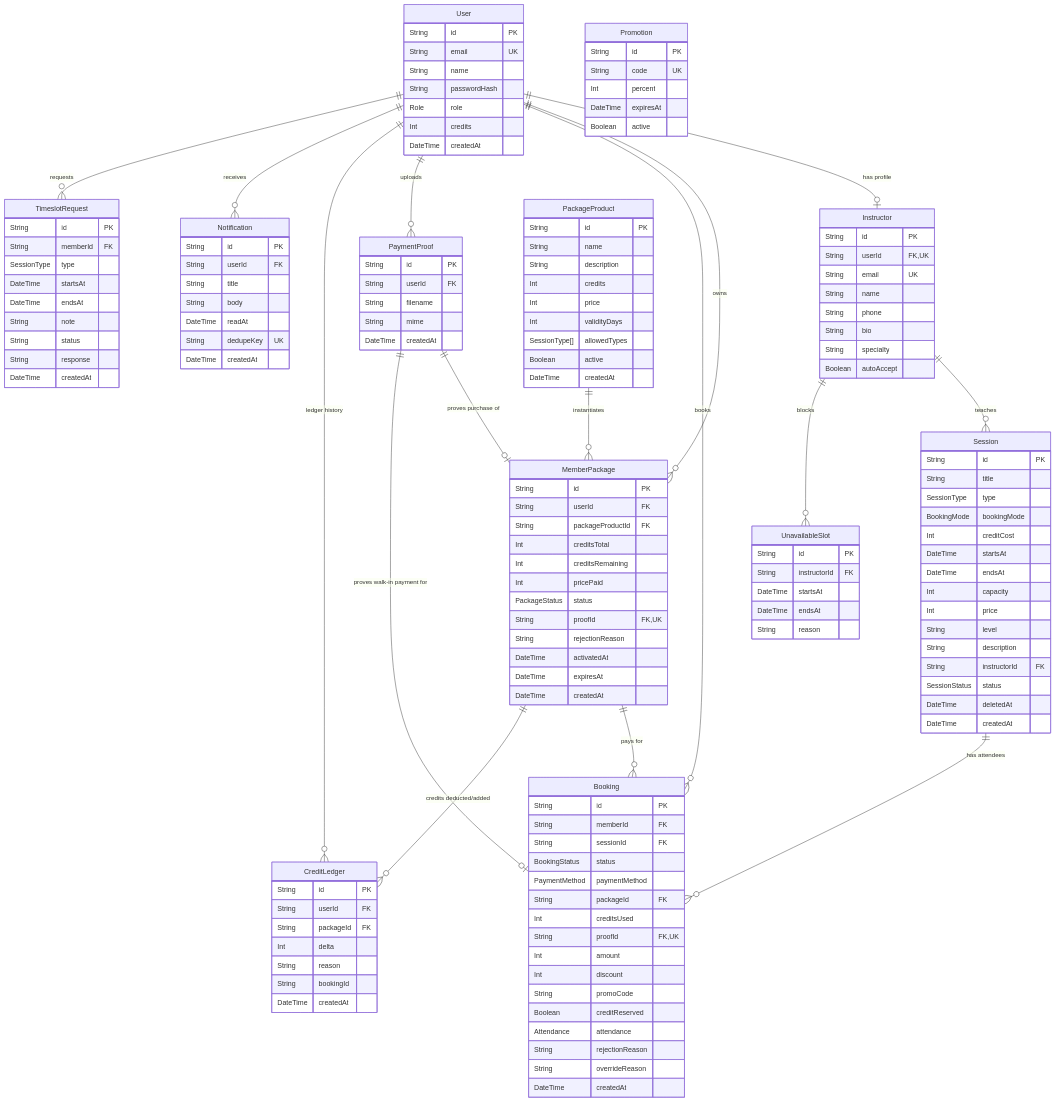
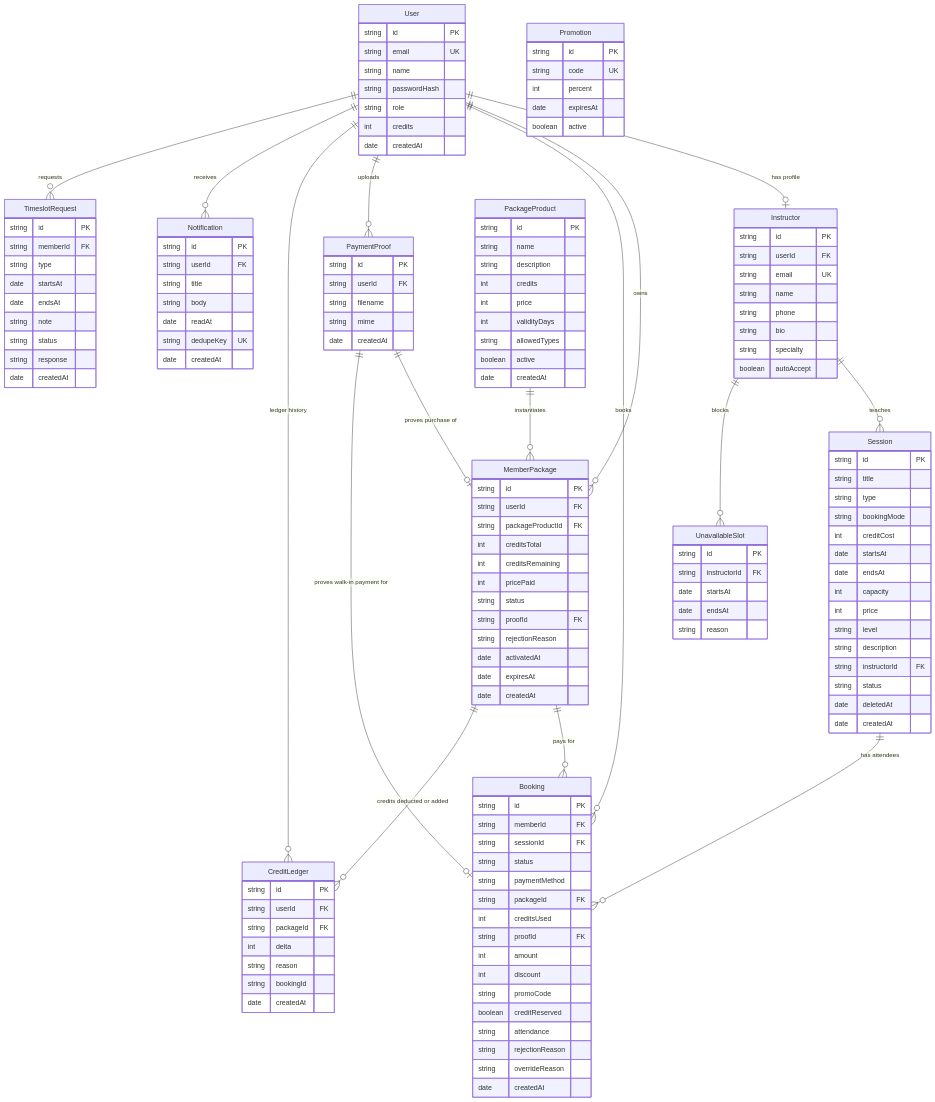
The diagram in docs/DATABASE_ERD.md (gigger-dev/dreamtopia), drawn with Mermaid before and after one commit. The commit also changed other lines of this file and 3 other files, not shown here.

````diff
--- a/docs/DATABASE_ERD.md
+++ b/docs/DATABASE_ERD.md
@@ -22,7 +27,7 @@
     PackageProduct ||--o{ MemberPackage : "instantiates"
 
     MemberPackage ||--o{ Booking : "pays for"
-    MemberPackage ||--o{ CreditLedger : "credits deducted/added"
+    MemberPackage ||--o{ CreditLedger : "credits deducted or added"
     PaymentProof ||--o| MemberPackage : "proves purchase of"
 
     Session ||--o{ Booking : "has attendees"
@@ -30,143 +35,143 @@
     PaymentProof ||--o| Booking : "proves walk-in payment for"
 
     User {
-        String id PK
-        String email UK
-        String name
-        String passwordHash
-        Role role
-        Int credits
-        DateTime createdAt
+        string id PK
+        string email UK
+        string name
+        string passwordHash
+        string role
+        int credits
+        date createdAt
     }
 
     Instructor {
-        String id PK
-        String userId FK,UK
-        String email UK
-        String name
-        String phone
-        String bio
-        String specialty
-        Boolean autoAccept
+        string id PK
+        string userId FK
+        string email UK
+        string name
+        string phone
+        string bio
+        string specialty
+        boolean autoAccept
     }
 
     PackageProduct {
-        String id PK
-        String name
-        String description
-        Int credits
-        Int price
-        Int validityDays
-        SessionType[] allowedTypes
-        Boolean active
-        DateTime createdAt
+        string id PK
+        string name
+        string description
+        int credits
+        int price
+        int validityDays
+        string allowedTypes
+        boolean active
+        date createdAt
     }
 
     MemberPackage {
-        String id PK
-        String userId FK
-        String packageProductId FK
-        Int creditsTotal
-        Int creditsRemaining
-        Int pricePaid
-        PackageStatus status
-        String proofId FK,UK
-        String rejectionReason
-        DateTime activatedAt
-        DateTime expiresAt
-        DateTime createdAt
+        string id PK
+        string userId FK
+        string packageProductId FK
+        int creditsTotal
+        int creditsRemaining
+        int pricePaid
+        string status
+        string proofId FK
+        string rejectionReason
+        date activatedAt
+        date expiresAt
+        date createdAt
     }
 
     Session {
-        String id PK
-        String title
-        SessionType type
-        BookingMode bookingMode
-        Int creditCost
-        DateTime startsAt
-        DateTime endsAt
-        Int capacity
-        Int price
-        String level
-        String description
-        String instructorId FK
-        SessionStatus status
-        DateTime deletedAt
-        DateTime createdAt
+        string id PK
+        string title
+        string type
+        string bookingMode
+        int creditCost
+        date startsAt
+        date endsAt
+        int capacity
+        int price
+        string level
+        string description
+        string instructorId FK
+        string status
+        date deletedAt
+        date createdAt
     }
 
     UnavailableSlot {
-        String id PK
-        String instructorId FK
-        DateTime startsAt
-        DateTime endsAt
-        String reason
+        string id PK
+        string instructorId FK
+        date startsAt
+        date endsAt
+        string reason
     }
 
     PaymentProof {
-        String id PK
-        String userId FK
-        String filename
-        String mime
-        DateTime createdAt
+        string id PK
+        string userId FK
+        string filename
+        string mime
+        date createdAt
     }
 
     Booking {
-        String id PK
-        String memberId FK
-        String sessionId FK
-        BookingStatus status
-        PaymentMethod paymentMethod
-        String packageId FK
-        Int creditsUsed
-        String proofId FK,UK
-        Int amount
-        Int discount
-        String promoCode
-        Boolean creditReserved
-        Attendance attendance
-        String rejectionReason
-        String overrideReason
-        DateTime createdAt
+        string id PK
+        string memberId FK
+        string sessionId FK
+        string status
+        string paymentMethod
+        string packageId FK
+        int creditsUsed
+        string proofId FK
+        int amount
+        int discount
+        string promoCode
+        boolean creditReserved
+        string attendance
+        string rejectionReason
+        string overrideReason
+        date createdAt
     }
 
     CreditLedger {
-        String id PK
-        String userId FK
-        String packageId FK
-        Int delta
-        String reason
-        String bookingId
-        DateTime createdAt
+        string id PK
+        string userId FK
+        string packageId FK
+        int delta
+        string reason
+        string bookingId
+        date createdAt
     }
 
     Promotion {
-        String id PK
-        String code UK
-        Int percent
-        DateTime expiresAt
-        Boolean active
+        string id PK
+        string code UK
+        int percent
+        date expiresAt
+        boolean active
     }
 
     Notification {
-        String id PK
-        String userId FK
-        String title
-        String body
-        DateTime readAt
-        String dedupeKey UK
-        DateTime createdAt
+        string id PK
+        string userId FK
+        string title
+        string body
+        date readAt
+        string dedupeKey UK
+        date createdAt
     }
 
     TimeslotRequest {
-        String id PK
-        String memberId FK
-        SessionType type
-        DateTime startsAt
-        DateTime endsAt
-        String note
-        String status
-        String response
-        DateTime createdAt
+        string id PK
+        string memberId FK
+        string type
+        date startsAt
+        date endsAt
+        string note
+        string status
+        string response
+        date createdAt
     }
 ```
````
